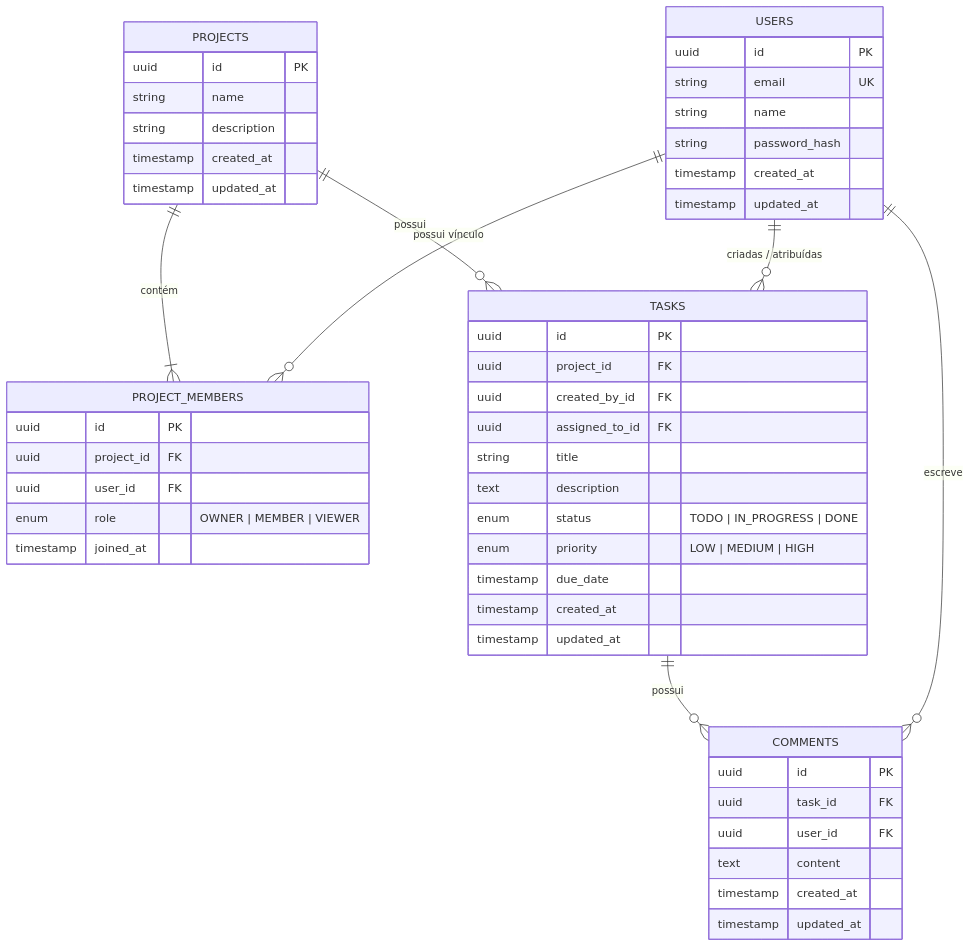
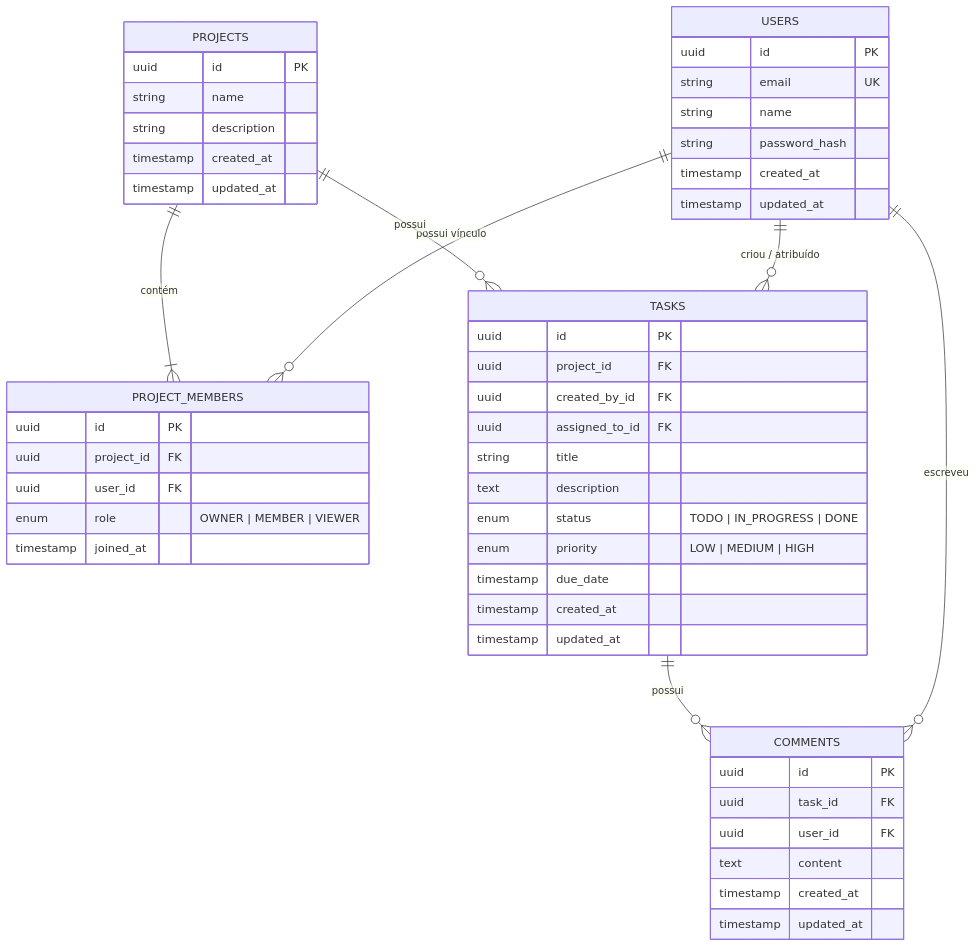
Before and after one commit to gabrielLemke/ProjectManagementSystem: the second of 3 diagrams in README.md, drawn with Mermaid. The commit also changed other lines of this file and 2 other files, not shown here.

Commit message:
docs: enrich README with recruiter-level architecture highlights and refine gitignore

````diff
--- a/README.md
+++ b/README.md
@@ -51,59 +77,59 @@
 ```mermaid
 erDiagram
     USERS ||--o{ PROJECT_MEMBERS : "possui vínculo"
-    USERS ||--o{ TASKS : "criadas / atribuídas"
-    USERS ||--o{ COMMENTS : "escreve"
+    USERS ||--o{ TASKS : "criou / atribuído"
+    USERS ||--o{ COMMENTS : "escreveu"
 
     PROJECTS ||--|{ PROJECT_MEMBERS : "contém"
     PROJECTS ||--o{ TASKS : "possui"
 
     TASKS ||--o{ COMMENTS : "possui"
 
     USERS {
         uuid id PK
         string email UK
         string name
         string password_hash
         timestamp created_at
         timestamp updated_at
     }
 
     PROJECTS {
         uuid id PK
         string name
         string description
         timestamp created_at
         timestamp updated_at
     }
 
     PROJECT_MEMBERS {
         uuid id PK
         uuid project_id FK
         uuid user_id FK
         enum role "OWNER | MEMBER | VIEWER"
         timestamp joined_at
     }
 
     TASKS {
         uuid id PK
         uuid project_id FK
         uuid created_by_id FK
         uuid assigned_to_id FK
         string title
         text description
         enum status "TODO | IN_PROGRESS | DONE"
         enum priority "LOW | MEDIUM | HIGH"
         timestamp due_date
         timestamp created_at
         timestamp updated_at
     }
 
     COMMENTS {
         uuid id PK
         uuid task_id FK
         uuid user_id FK
         text content
         timestamp created_at
         timestamp updated_at
     }
 ```
````
